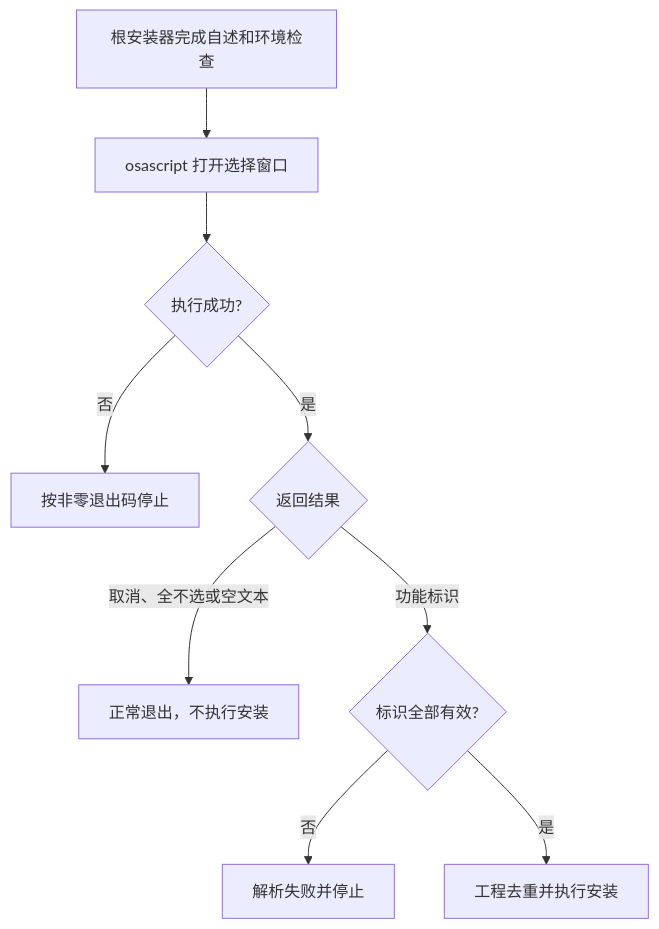
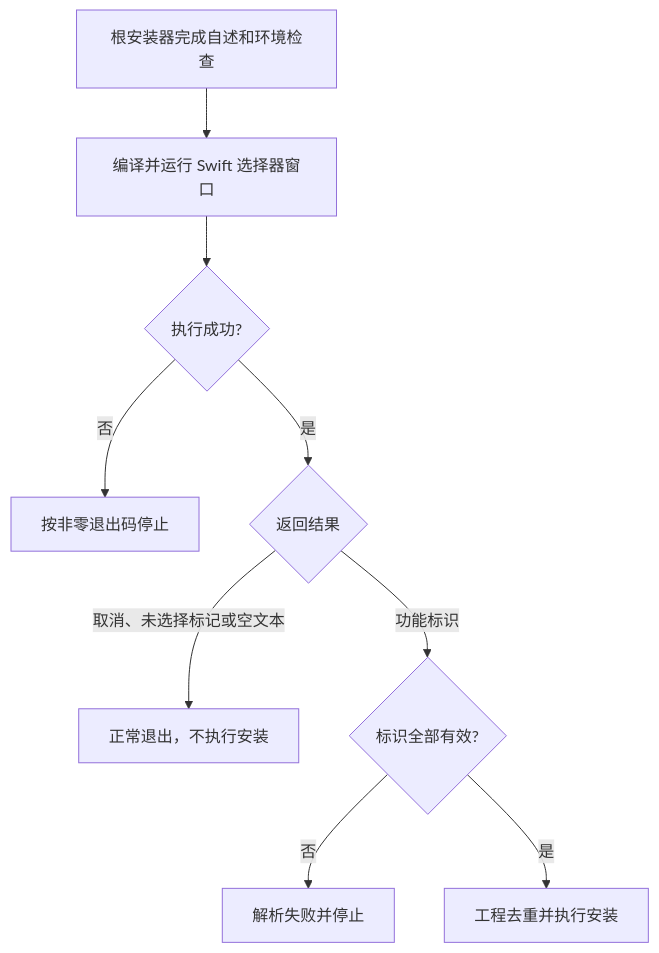
One commit to JobsKits/MacOS_Extension changed the diagram in Scripts/README.md. Above: the diagram before and after it, drawn with Mermaid. The commit also changed other lines of this file and 9 other files, not shown here.

````diff
--- a/Scripts/README.md
+++ b/Scripts/README.md
@@ -131,11 +134,11 @@
 ```mermaid
 flowchart TD
-    A[根安装器完成自述和环境检查] --> B[osascript 打开选择窗口]
+    A[根安装器完成自述和环境检查] --> B[编译并运行 Swift 选择器窗口]
     B --> C{执行成功?}
     C -->|否| D[按非零退出码停止]
     C -->|是| E{返回结果}
-    E -->|取消、全不选或空文本| F[正常退出，不执行安装]
+    E -->|取消、未选择标记或空文本| F[正常退出，不执行安装]
     E -->|功能标识| G{标识全部有效?}
     G -->|否| H[解析失败并停止]
     G -->|是| I[工程去重并执行安装]
 ```
````
